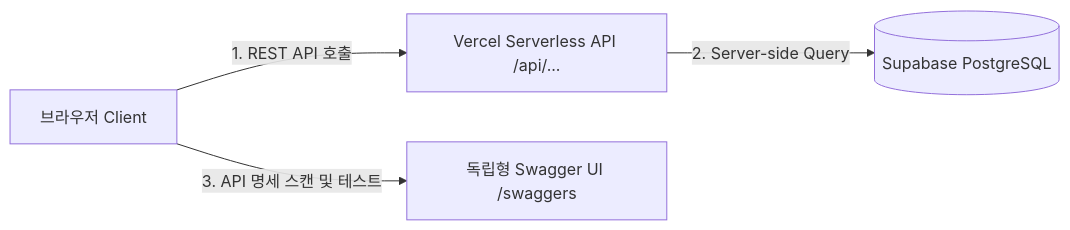
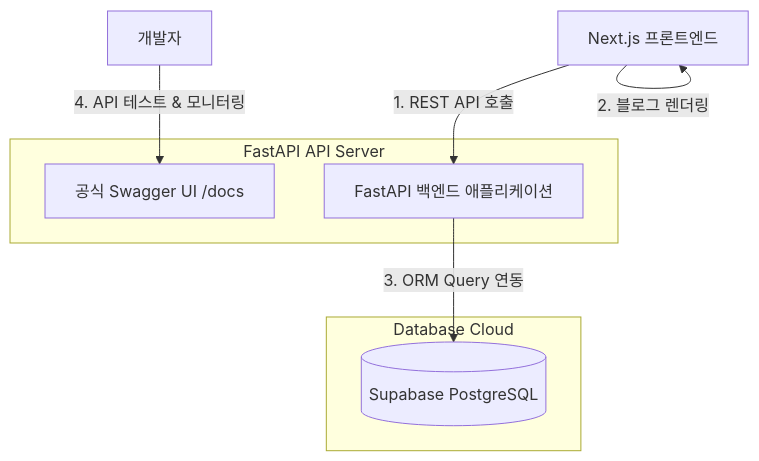
The diagram in TECH_STACK.md (hzlloni/MyDevVlog), drawn with Mermaid before and after one commit. The commit also changed other lines of this file and 16 other files, not shown here.

Commit message:
feat: Restore python backend folder and wire FastAPI directly to Supabase cloud PostgreSQL

````diff
--- a/TECH_STACK.md
+++ b/TECH_STACK.md
@@ -11,6 +13,18 @@
 ```mermaid
-graph LR
-    Browser[브라우저 Client] -->|1. REST API 호출| Next_API[Vercel Serverless API /api/...]
-    Next_API -->|2. Server-side Query| Supabase_DB[(Supabase PostgreSQL)]
-    Browser -->|3. API 명세 스캔 및 테스트| Swagger[독립형 Swagger UI /swaggers]
+graph TD
+    Client[Next.js 프론트엔드]
+    
+    subgraph Local_or_Cloud_Server [FastAPI API Server]
+        FastAPI[FastAPI 백엔드 애플리케이션]
+        Swagger[공식 Swagger UI /docs]
+    end
+    
+    subgraph Supabase_Cloud [Database Cloud]
+        Supabase[(Supabase PostgreSQL)]
+    end
+    
+    Client -->|1. REST API 호출| FastAPI
+    Client -->|2. 블로그 렌더링| Client
+    FastAPI -->|3. ORM Query 연동| Supabase
+    Developer[개발자] -->|4. API 테스트 & 모니터링| Swagger
 ```
````
